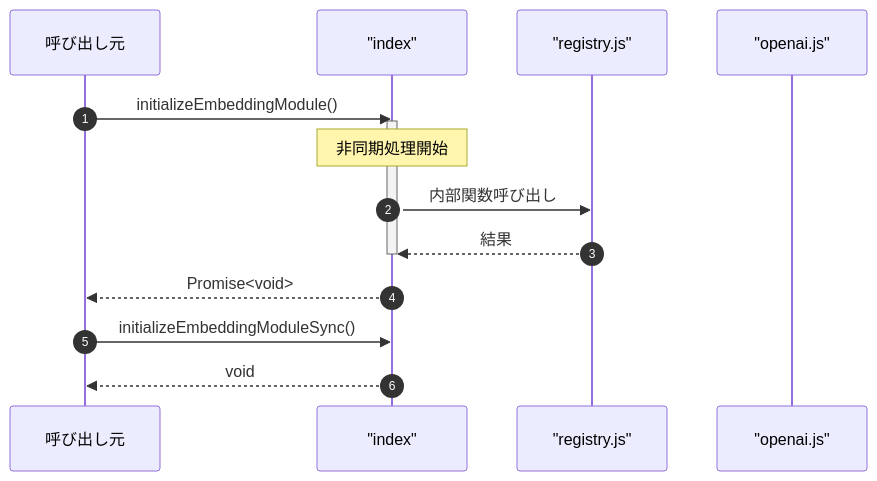
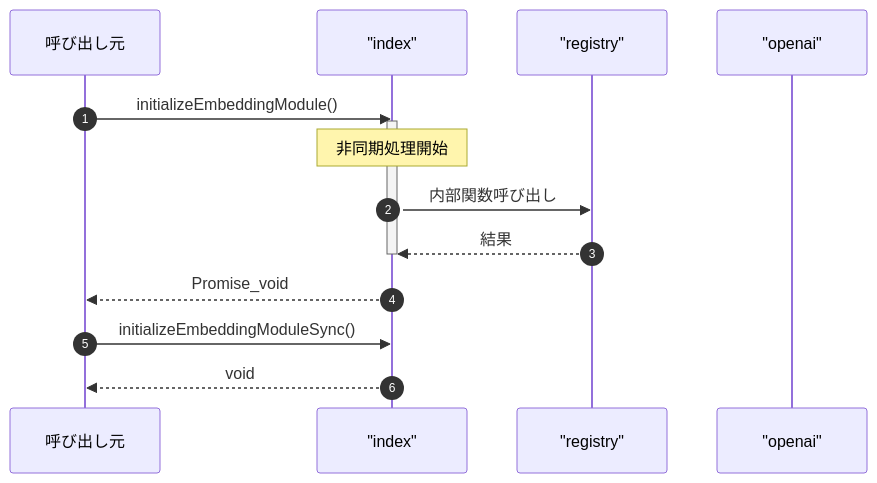
The third of 3 diagrams in ABDD/.pi/lib/embeddings/index.md (Mekann2904/mekann), drawn with Mermaid before and after one commit. The commit also changed other lines of this file and 174 other files, not shown here.

First line of the commit message:
fix(docs): ABDDのMermaid図生成エラーを修正する

````diff
--- a/ABDD/.pi/lib/embeddings/index.md
+++ b/ABDD/.pi/lib/embeddings/index.md
@@ -57,19 +57,19 @@
 ```mermaid
 sequenceDiagram
   autonumber
   participant Caller as 呼び出し元
   participant index as "index"
-  participant registry_js as "registry.js"
-  participant openai_js as "openai.js"
+  participant registry as "registry"
+  participant openai as "openai"
 
   Caller->>index: initializeEmbeddingModule()
   activate index
   Note over index: 非同期処理開始
-  index->>registry_js: 内部関数呼び出し
-  registry_js-->>index: 結果
+  index->>registry: 内部関数呼び出し
+  registry-->>index: 結果
   deactivate index
-  index-->>Caller: Promise<void>
+  index-->>Caller: Promise_void
 
   Caller->>index: initializeEmbeddingModuleSync()
   index-->>Caller: void
 ```
````
